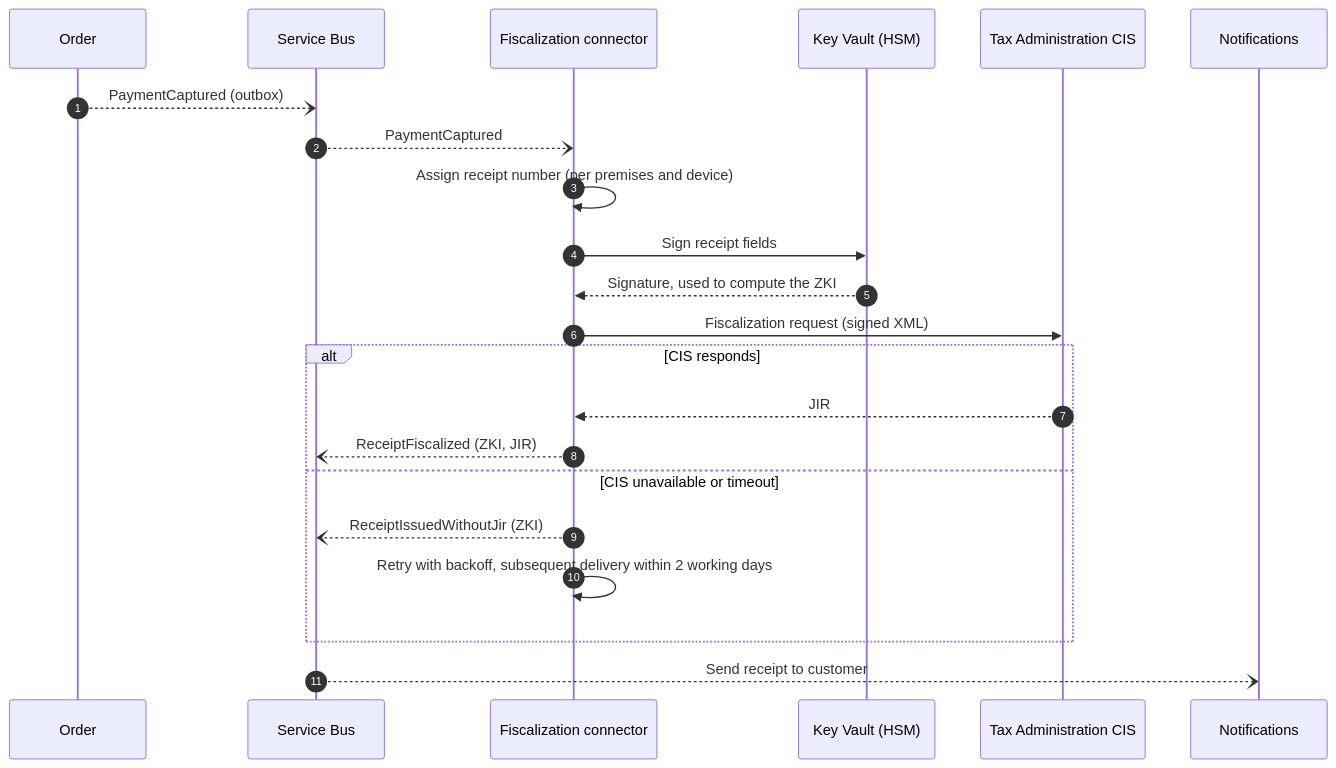
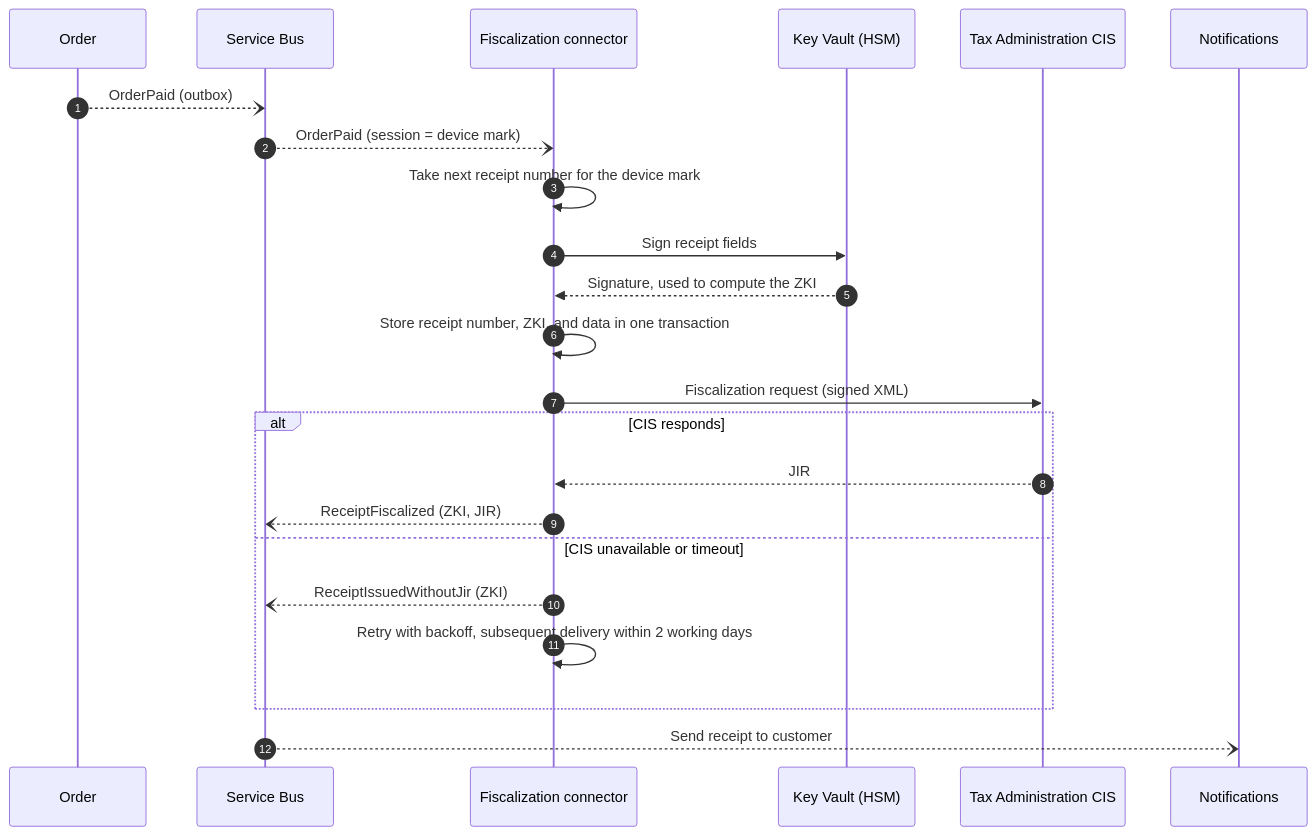
Before and after one commit to robert-miani/abysalto-webshop: the seventh of 9 diagrams in docs/architecture.md, drawn with Mermaid. The commit also changed other lines of this file and 1 other file, not shown here.

````diff
--- a/docs/architecture.md
+++ b/docs/architecture.md
@@ -786,25 +876,26 @@
 ```mermaid
 sequenceDiagram
     autonumber
     participant Order
     participant SB as Service Bus
     participant F as Fiscalization connector
     participant KV as Key Vault (HSM)
     participant CIS as Tax Administration CIS
     participant N as Notifications
 
-    Order--)SB: PaymentCaptured (outbox)
-    SB--)F: PaymentCaptured
-    F->>F: Assign receipt number (per premises and device)
+    Order--)SB: OrderPaid (outbox)
+    SB--)F: OrderPaid (session = device mark)
+    F->>F: Take next receipt number for the device mark
     F->>KV: Sign receipt fields
     KV-->>F: Signature, used to compute the ZKI
+    F->>F: Store receipt number, ZKI, and data in one transaction
     F->>CIS: Fiscalization request (signed XML)
     alt CIS responds
         CIS-->>F: JIR
         F--)SB: ReceiptFiscalized (ZKI, JIR)
     else CIS unavailable or timeout
         F--)SB: ReceiptIssuedWithoutJir (ZKI)
         F->>F: Retry with backoff, subsequent delivery within 2 working days
     end
     SB--)N: Send receipt to customer
 ```
````
